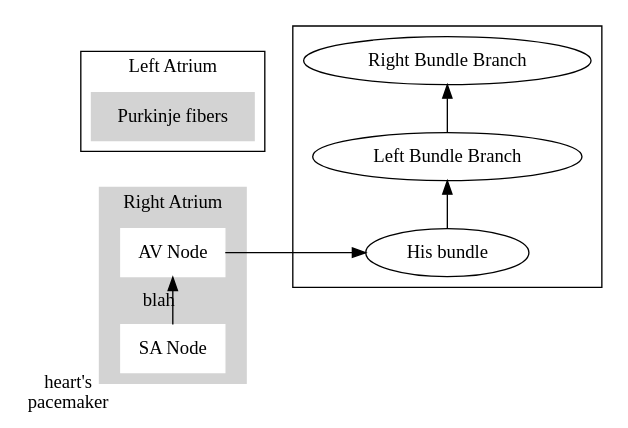
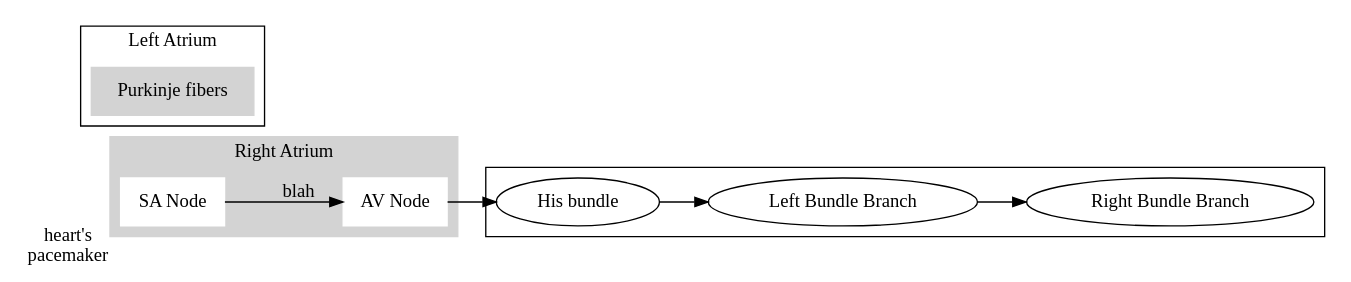
Before and after one commit to meirisoda/school_spring2024: the diagram in NURS380_Practicum/Topics/EKG/EKG and Rhythms.md, drawn with Graphviz.

Commit message:
vault backup: 2024-02-19 17:35:27

````diff
--- a/NURS380_Practicum/Topics/EKG/EKG and Rhythms.md
+++ b/NURS380_Practicum/Topics/EKG/EKG and Rhythms.md
@@ -175,37 +175,35 @@
 ```dot
 digraph G {
 	rankdir=LR;
-	newrank=true;
 	subgraph cluster_0{
 		rank=same;
-		rankdir=TB;
 		label="Right Atrium";
 		style=filled;
 		color=lightgrey;
 		node [style=filled,color=white];
 		orientation=L;
 		A [label="SA Node", xlabel="heart's\npacemaker", shape=box];
 		B [label="AV Node", shape=box];
 		
 		A -> B [label="blah"];
 	}
 	
 	subgraph cluster_1 {
 		rank=same;
 		D0 [label="His bundle"];
 		D1 [label="Left Bundle Branch"];
 		D2 [label="Right Bundle Branch"];
 
 		D0 -> D1 -> D2
 	}
 	
 	subgraph cluster_2 {
 		rank=same;
 		label="Left Atrium";
 		node [style=filled, color=lightgrey];
 		C [label="Purkinje fibers", shape=box];
 	}
 
 	B -> D0
 }
 ```
````
